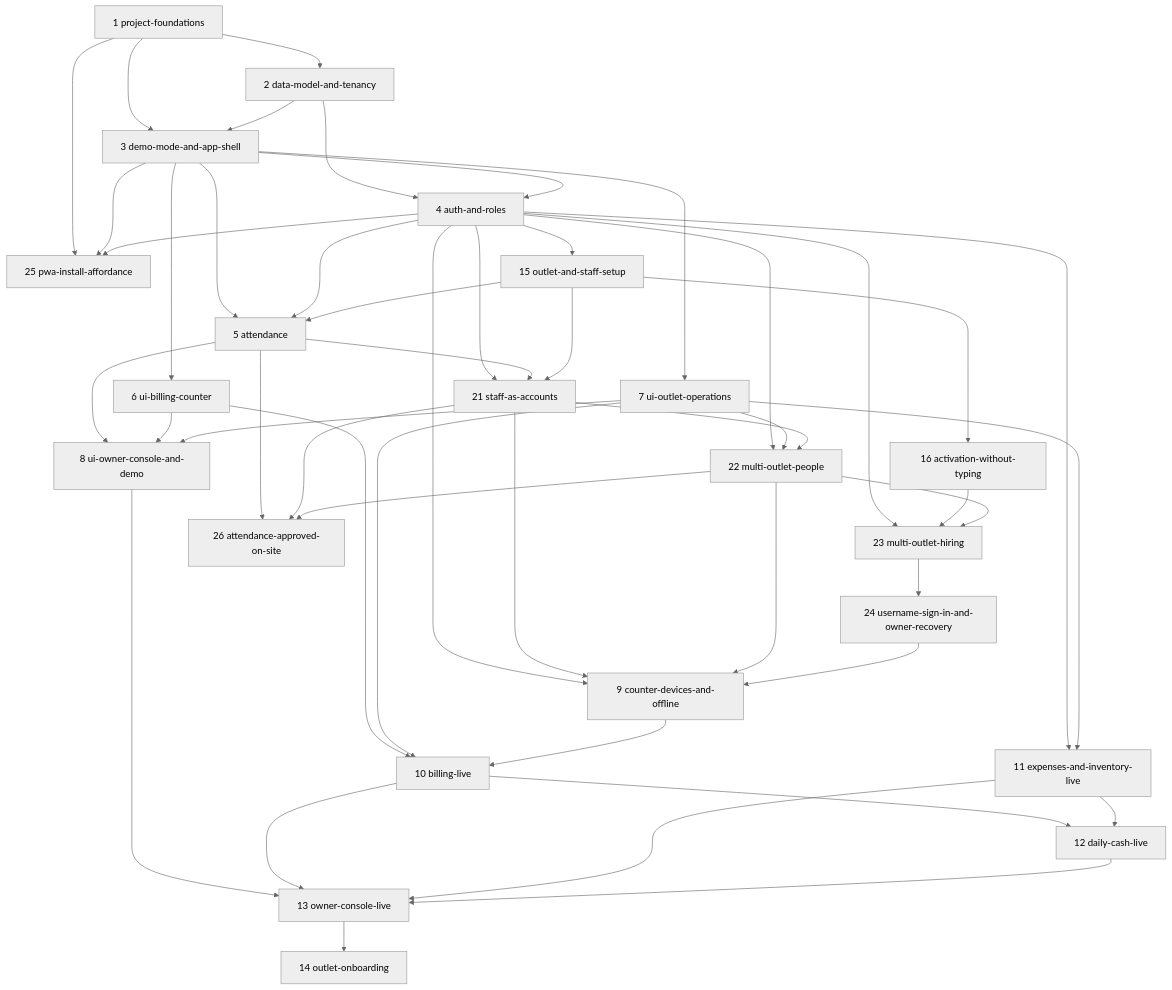
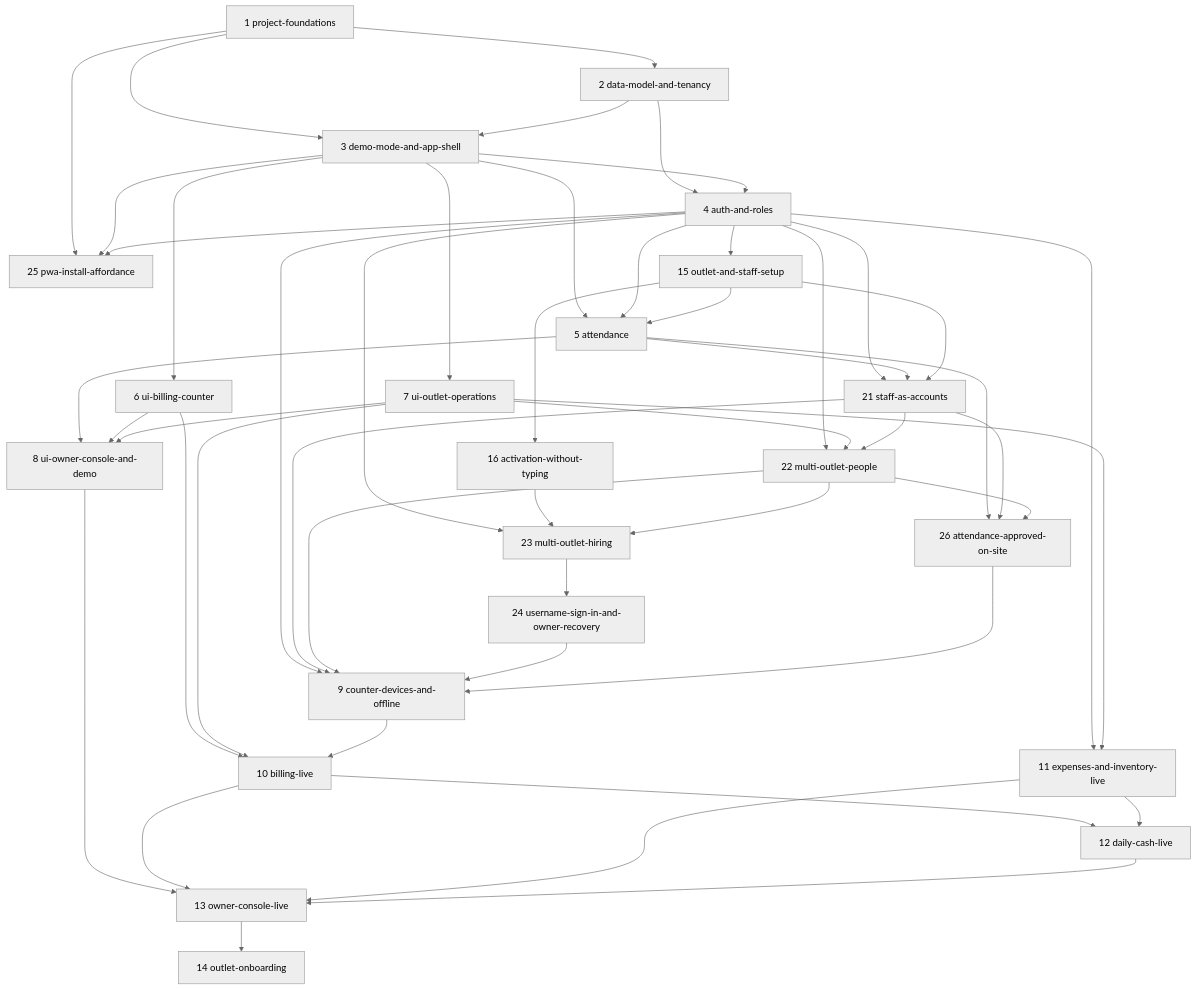
Before and after one commit to abdatta/shawarmania-ops: the diagram in openspec/changes/ROADMAP.md, drawn with Mermaid (neutral theme). The commit also changed other lines of this file, not shown here.

````diff
--- a/openspec/changes/ROADMAP.md
+++ b/openspec/changes/ROADMAP.md
@@ -95,50 +95,51 @@
 ```mermaid
 graph TD
     C1[1 project-foundations] --> C2[2 data-model-and-tenancy]
     C1 --> C3[3 demo-mode-and-app-shell]
     C2 --> C3
     C2 --> C4[4 auth-and-roles]
     C3 --> C4
     C1 --> C25[25 pwa-install-affordance]
     C3 --> C25
     C4 --> C25
     C3 --> C5[5 attendance]
     C4 --> C5
     C4 --> C15[15 outlet-and-staff-setup]
     C15 --> C5
     C15 --> C16[16 activation-without-typing]
     C3 --> C6[6 ui-billing-counter]
     C3 --> C7[7 ui-outlet-operations]
     C5 --> C8[8 ui-owner-console-and-demo]
     C6 --> C8
     C7 --> C8
     C4 --> C21[21 staff-as-accounts]
     C5 --> C21
     C15 --> C21
     C4 --> C22[22 multi-outlet-people]
     C7 --> C22
     C21 --> C22
     C4 --> C23[23 multi-outlet-hiring]
     C16 --> C23
     C22 --> C23
     C23 --> C24[24 username-sign-in-and-owner-recovery]
     C5 --> C26[26 attendance-approved-on-site]
     C21 --> C26
     C22 --> C26
     C4 --> C9[9 counter-devices-and-offline]
     C21 --> C9
     C22 --> C9
     C24 --> C9
+    C26 --> C9
     C6 --> C10[10 billing-live]
     C7 --> C10
     C9 --> C10
     C4 --> C11[11 expenses-and-inventory-live]
     C7 --> C11
     C10 --> C12[12 daily-cash-live]
     C11 --> C12
     C8 --> C13[13 owner-console-live]
     C10 --> C13
     C11 --> C13
     C12 --> C13
     C13 --> C14[14 outlet-onboarding]
 ```
````
